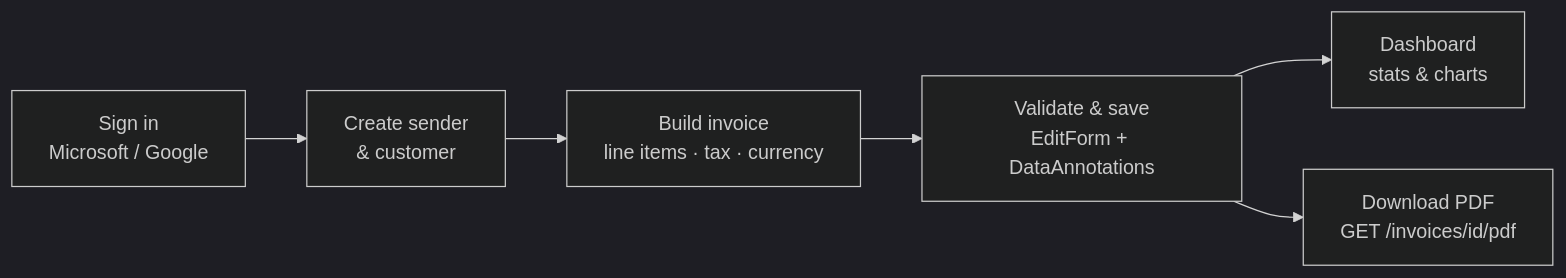
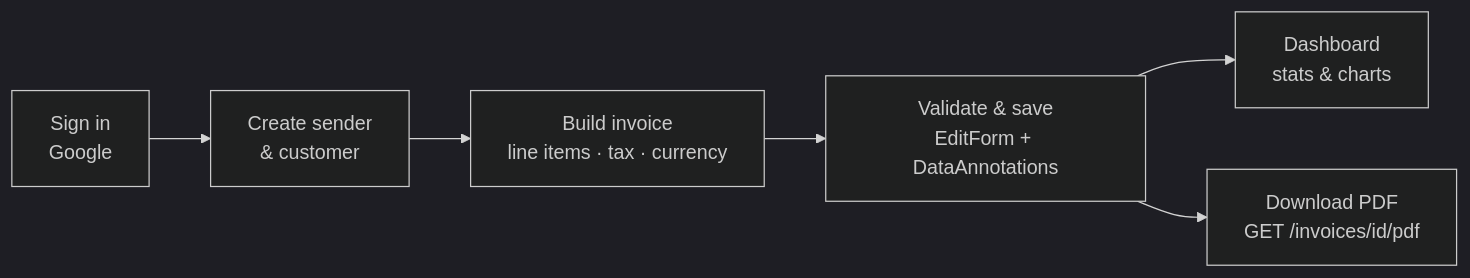
One commit to Sudip777/invoice-builder changed the second of 2 diagrams in README.md. Above: the diagram before and after it, drawn with Mermaid (dark theme). The commit also changed other lines of this file and 5 other files, not shown here.

Commit message:
feat(users): drop Microsoft OAuth and user allow-list, Google-only

````diff
--- a/README.md
+++ b/README.md
@@ -55,8 +55,8 @@
 ```mermaid
 flowchart LR
-    A[Sign in<br/>Microsoft / Google] --> B[Create sender<br/>& customer]
+    A[Sign in<br/>Google] --> B[Create sender<br/>& customer]
     B --> C[Build invoice<br/>line items · tax · currency]
     C --> D[Validate & save<br/>EditForm + DataAnnotations]
     D --> E[Dashboard<br/>stats & charts]
     D --> F[Download PDF<br/>GET /invoices/id/pdf]
 ```
````
